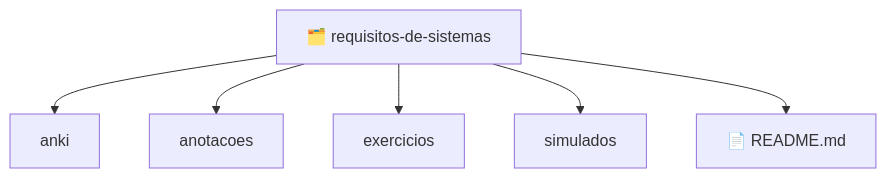
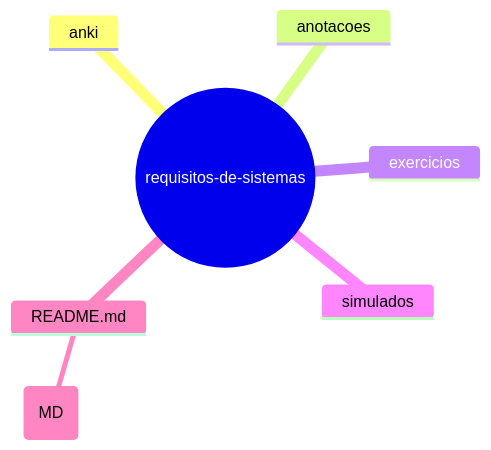
Before and after one commit to jean-nathan/jornada-eng-software: the diagram in 2025-2-Semestre/requisitos-de-sistemas/MAPA_MENTAL.md, drawn with Mermaid. The commit also changed other lines of this file and 6 other files, not shown here.

Commit message:
003 - Fix GitHub Mermaid mindmap rendering with flowchart syntax v2

````diff
--- a/2025-2-Semestre/requisitos-de-sistemas/MAPA_MENTAL.md
+++ b/2025-2-Semestre/requisitos-de-sistemas/MAPA_MENTAL.md
@@ -7,14 +7,10 @@
 ```mermaid
-flowchart TD
-  root[🗂️ requisitos-de-sistemas]
-  root_anki_0[anki]
-  root_anotacoes_1[anotacoes]
-  root_exercicios_2[exercicios]
-  root_simulados_3[simulados]
-  root_README.md_4[📄 README.md]
-  root --> root_anki_0
-  root --> root_anotacoes_1
-  root --> root_exercicios_2
-  root --> root_simulados_3
-  root --> root_README.md_4
+mindmap
+  root((requisitos-de-sistemas))
+    anki
+    anotacoes
+    exercicios
+    simulados
+    README.md
+      (MD)
 ```
````
